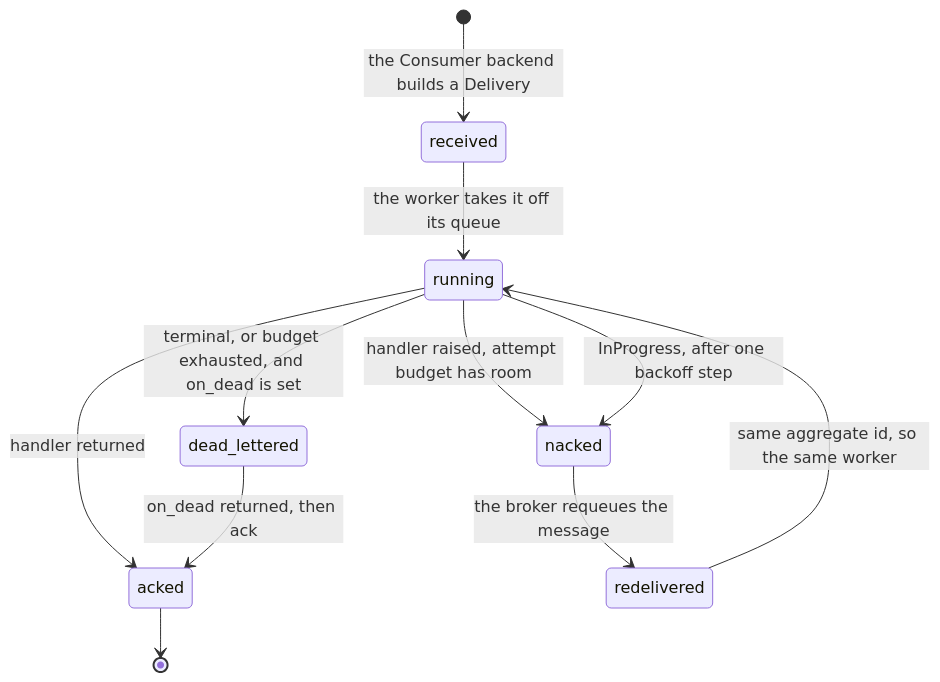
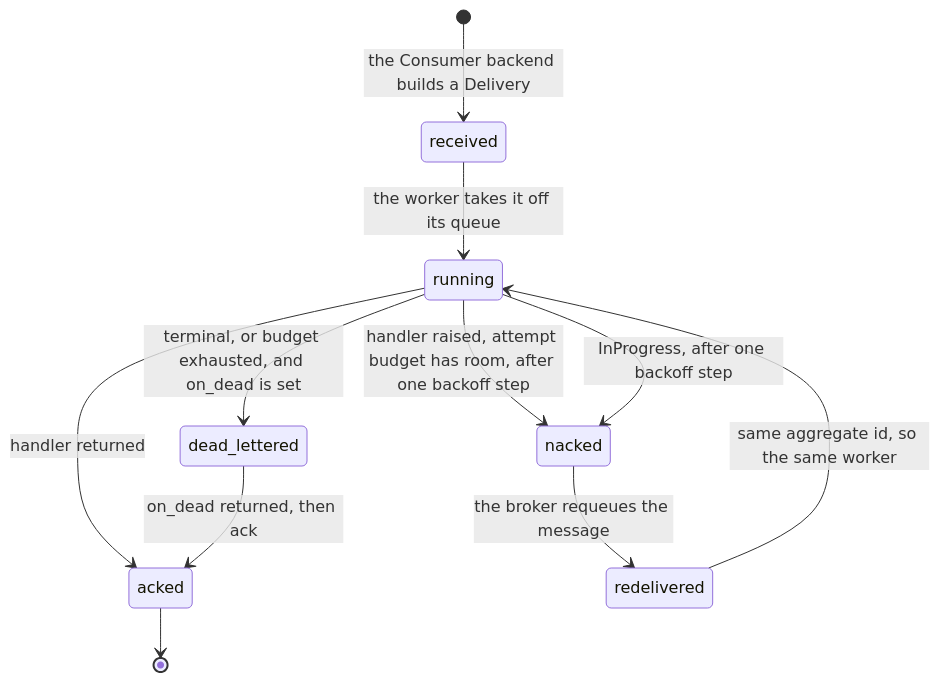
The second of 3 diagrams in docs/sdk/consuming.md (haskian/edax), drawn with Mermaid before and after one commit. The commit also changed other lines of this file and 4 other files, not shown here.

````diff
--- a/docs/sdk/consuming.md
+++ b/docs/sdk/consuming.md
@@ -112,13 +112,13 @@
 ```mermaid
 stateDiagram-v2
     [*] --> received : the Consumer backend builds a Delivery
     received --> running : the worker takes it off its queue
     running --> acked : handler returned
-    running --> nacked : handler raised, attempt budget has room
+    running --> nacked : handler raised, attempt budget has room, after one backoff step
     running --> nacked : InProgress, after one backoff step
     running --> dead_lettered : terminal, or budget exhausted, and on_dead is set
     nacked --> redelivered : the broker requeues the message
     redelivered --> running : same aggregate id, so the same worker
     dead_lettered --> acked : on_dead returned, then ack
     acked --> [*]
 ```
````
